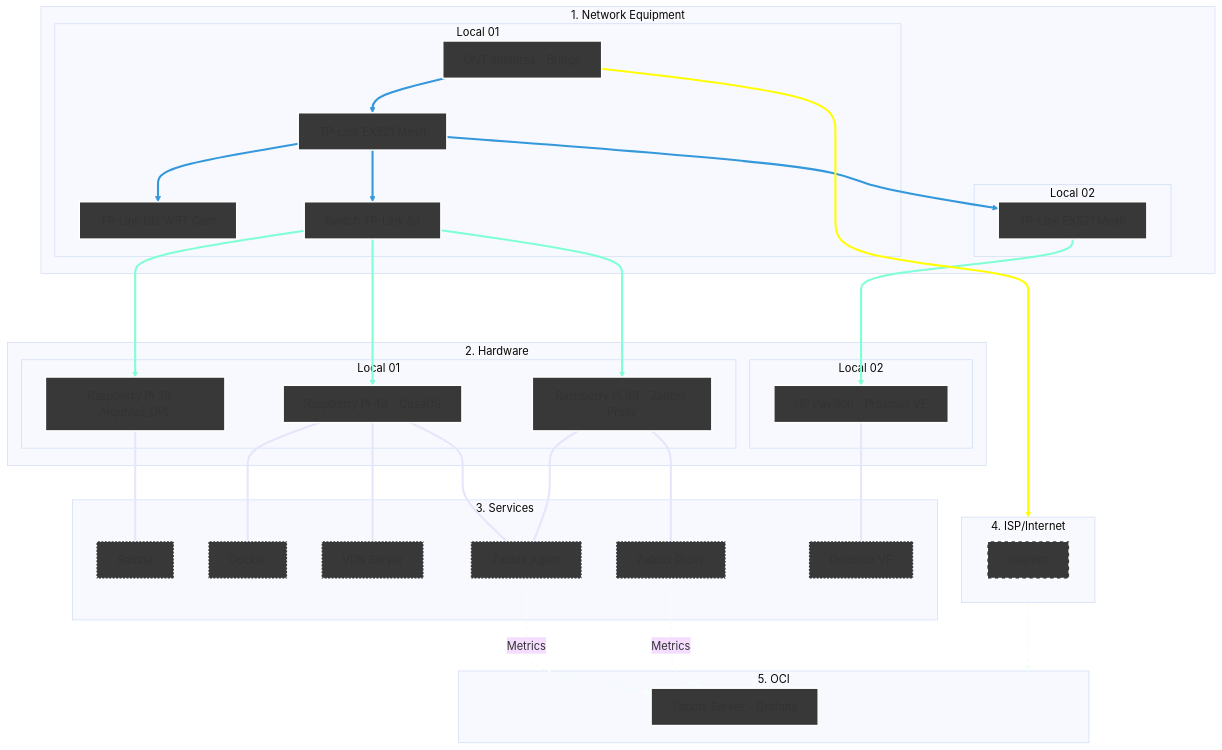
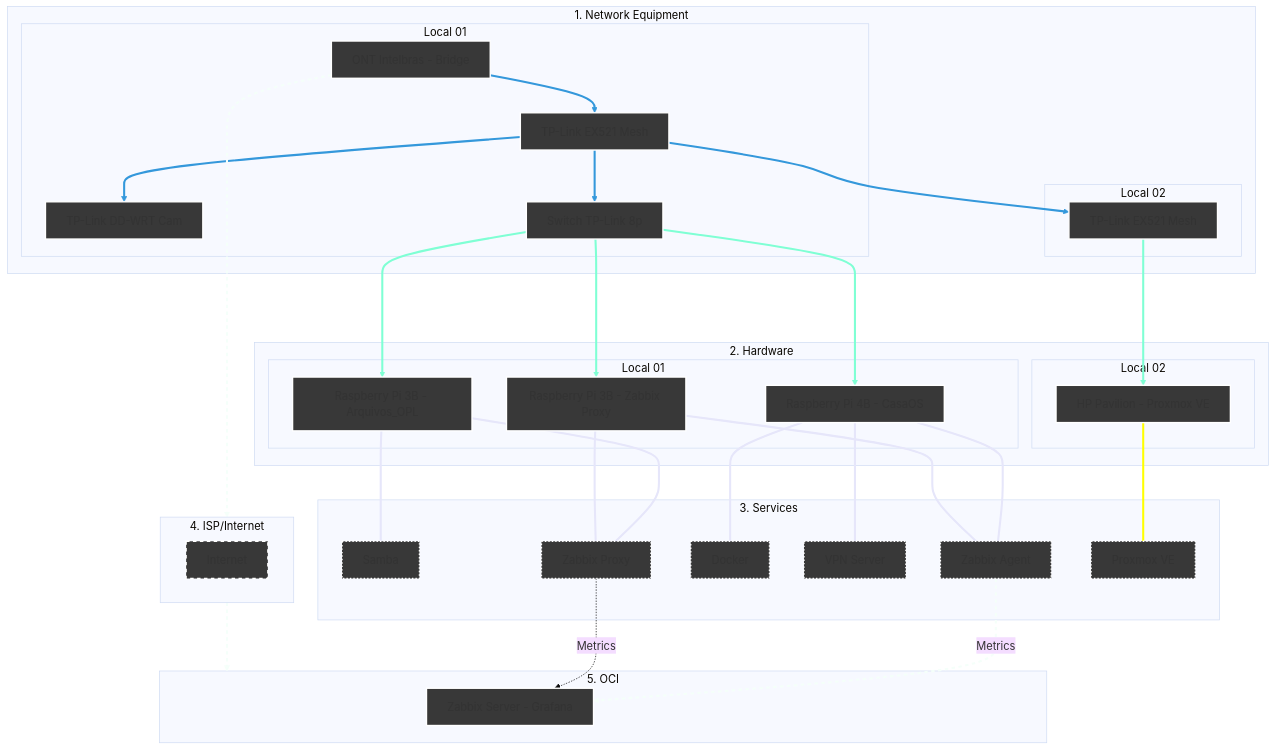
The diagram in Infrastructure/README2.md (kevindexter22/Dr-Hardware-Autonet), drawn with Mermaid (base theme) before and after one commit.

Commit message:
Add Zabbix Proxy service to infrastructure diagram

````diff
--- a/Infrastructure/README2.md
+++ b/Infrastructure/README2.md
@@ -15,71 +15,72 @@
 ```mermaid
 graph TD
     %% Styles
     classDef network fill:#383838,stroke:#FFFFFF,stroke-width:2px;
     classDef hardware fill:#383838,stroke:#FFFFFF,stroke-width:2px;
     classDef internet fill:#383838,stroke:#FFFFFF,stroke-width:2px,stroke-dasharray: 5 5;
     classDef services fill:#383838,stroke:#FFFFFF,stroke-width:2px, stroke-dasharray: 2 3;
     classDef oci fill:#383838,stroke:#FFFFFF,stroke-width:2px;
 
     %% 1. NETWORK EQUIPMENT
     subgraph Principal["1. Network Equipment"]
     subgraph S1 [Local 01]
         ONT[ONT Intelbras - Bridge]:::network --> R_Mesh1[TP-Link EX521 Mesh]:::network
         R_Mesh1 --> R_Cams[TP-Link DD-WRT Cam]:::network 
         R_Mesh1 --> SW1[Switch TP-Link 8p]:::network  
     end
     subgraph S2 [Local 02]
         R_Mesh1 --> R_Mesh2[TP-Link EX521 Mesh]:::network
     end
     end
     
     %% 2. HARDWARE
     subgraph Principal02["2. Hardware"]
     subgraph S3 [Local 01]
         SW1 ---> RPi3B_1[Raspberry Pi 3B - Arquivos_OPL]:::hardware
         SW1 ---> RPi4B[Raspberry Pi 4B - CasaOS]:::hardware
         SW1 ---> RPi3B_2[Raspberry Pi 3B - Zabbix Proxy]:::hardware
     end
     subgraph S4 [Local 02]
         R_Mesh2 ---> HP[HP Pavilion - Proxmox VE]:::hardware
     end
     end
 
     %% 3. SERVICES     
     subgraph S5 [3. Services];
         RPi3B_1 --- SMB1[Samba]:::services
+        RPi3B_1 --- ZP[Zabbix Proxy]:::services
         RPi4B --- Docker[Docker]:::services
         RPi4B --- VPN[VPN Server]:::services
         RPi4B --- ZA[Zabbix Agent]:::services
         RPi3B_2 --- ZA[Zabbix Agent]:::services
         RPi3B_2 --- ZP[Zabbix Proxy]:::services
         HP --- PVE[Proxmox VE]:::services        
     end
 
     %% 4. Internet (The Bridge)
     subgraph S6 [4. ISP/Internet]
            internet[Internet]:::internet
     end
 
     %% 5. Oracle Cloud Infrastructure
     subgraph S7 [5. OCI]
         ZS[Zabbix Server - Grafana]:::oci
     end
 
     %% Conections of data flow
     ONT --> S6
     S6 --> S7
     
     %% Logical conections
     ZA -.-> |Metrics| ZS
     ZP -.-> |Metrics| ZS 
 
     %% --- Set collor on conections ---
     
     linkStyle 0,1,2,3 stroke:#3498db,stroke-width:3px;
     linkStyle 4,5,6,7 stroke:#7FFFD4,stroke-width:3px;
     linkStyle 8,9,10,11,12,13,14 stroke:#E6E6FA,stroke-width:3px;
     linkStyle 15 stroke:#FFFF00,stroke-width:3px;
     linkStyle 16,17,18 stroke:#F5FFFA,stroke-width:3px,stroke-dasharray: 5 5;
 
 ```
````
